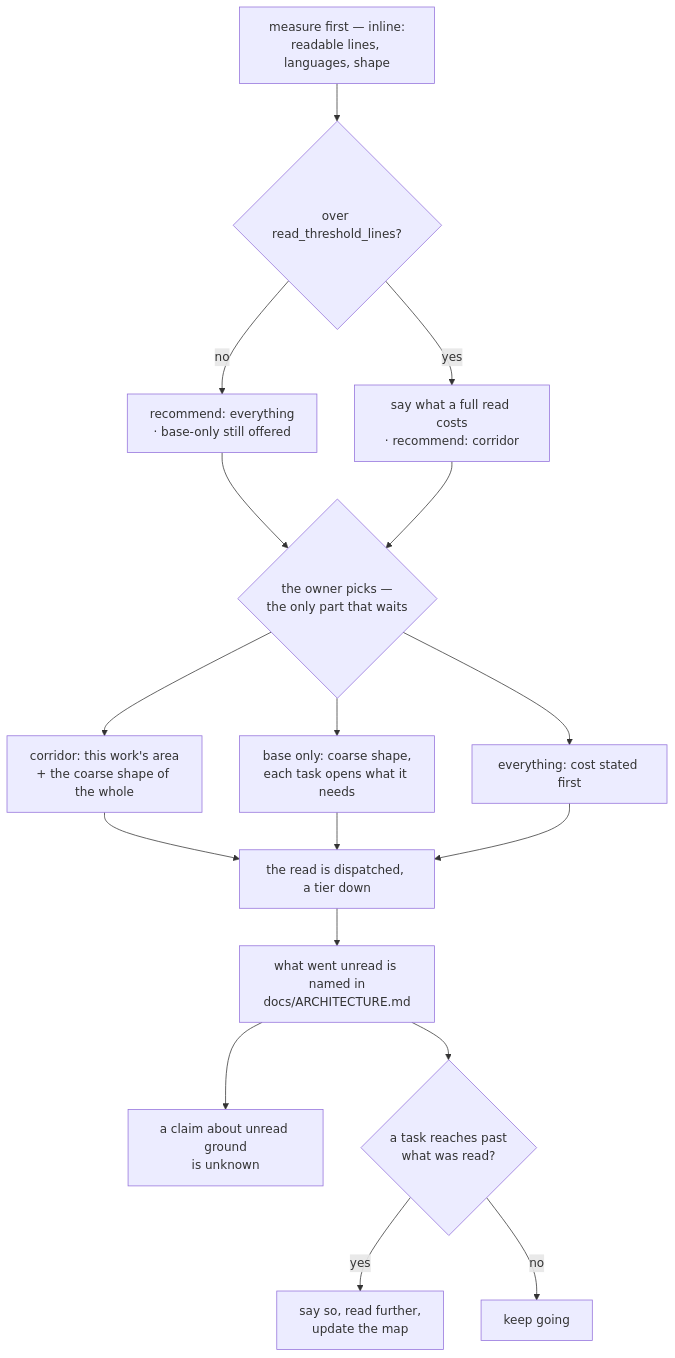
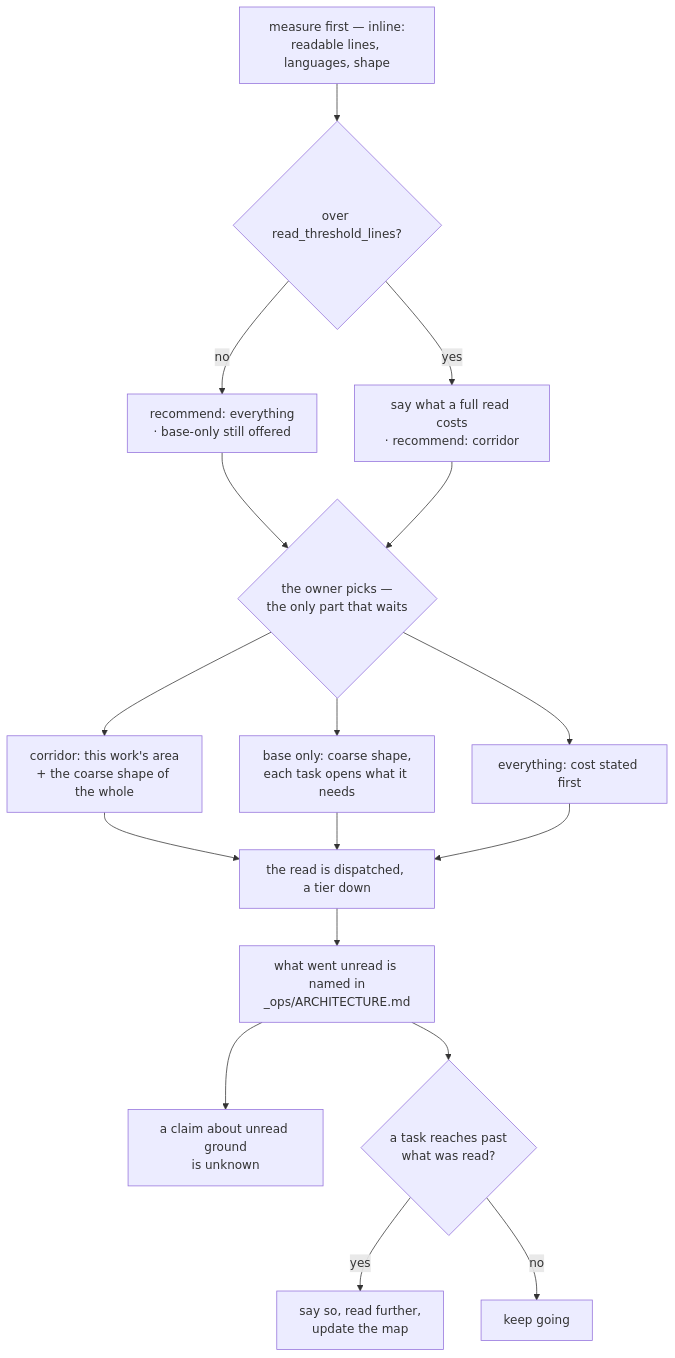
Before and after one commit to jamillazarev/opsinist: diagram 11 of 24 in diagrams.md, drawn with Mermaid. The commit also changed other lines of this file and 58 other files, not shown here.

````diff
--- a/diagrams.md
+++ b/diagrams.md
@@ -205,19 +205,19 @@
 ```mermaid
 flowchart TD
   M[measure first — inline:<br/>readable lines, languages, shape] --> T{over read_threshold_lines?}
   T -- no --> U[recommend: everything<br/>· base-only still offered]
   T -- yes --> O[say what a full read costs<br/>· recommend: corridor]
   U --> D{the owner picks —<br/>the only part that waits}
   O --> D
   D --> C[corridor: this work's area<br/>+ the coarse shape of the whole]
   D --> B[base only: coarse shape,<br/>each task opens what it needs]
   D --> E[everything: cost stated first]
   C --> BG[the read is dispatched, a tier down]
   B --> BG
   E --> BG
-  BG --> W[what went unread is named in<br/>docs/ARCHITECTURE.md]
+  BG --> W[what went unread is named in<br/>_ops/ARCHITECTURE.md]
   W --> K[a claim about unread ground<br/>is unknown]
   W --> X{a task reaches past<br/>what was read?}
   X -- yes --> Y[say so, read further,<br/>update the map]
   X -- no --> Z[keep going]
 ```
````
